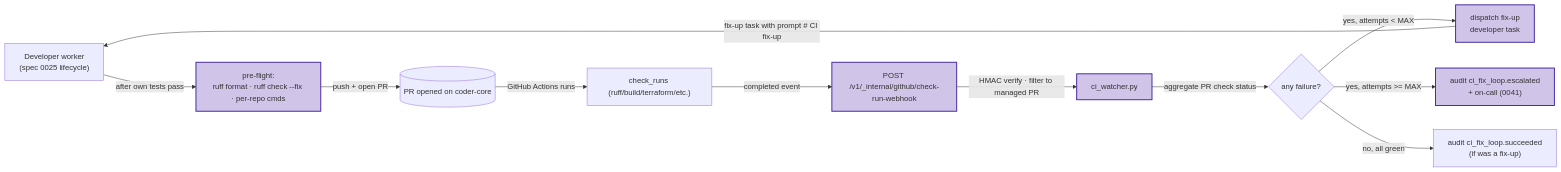
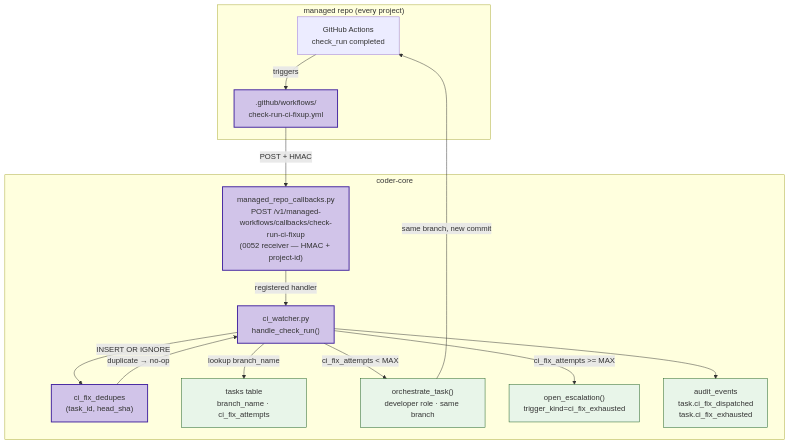
One commit to coder-devx/coder-system changed the first of 2 diagrams in system/designs/wip/0053-post-pr-ci-fix-loop.md. Above: the diagram before and after it, drawn with Mermaid. The commit also changed other lines of this file and 7 other files, not shown here.

First line of the commit message:
docs(0053): Stage 1 CI watcher + fix-up dispatcher design refinement

````diff
--- a/system/designs/wip/0053-post-pr-ci-fix-loop.md
+++ b/system/designs/wip/0053-post-pr-ci-fix-loop.md
@@ -38,16 +46,33 @@
 ```mermaid
-flowchart LR
-  worker["Developer worker<br/>(spec 0025 lifecycle)"] -->|after own tests pass| pre["pre-flight:<br/>ruff format · ruff check --fix · per-repo cmds"]
-  pre -->|push + open PR| pr[("PR opened on coder-core")]
-  pr -->|GitHub Actions runs| ci["check_runs (ruff/build/terraform/etc.)"]
-  ci -->|completed event| webhook["POST /v1/_internal/github/check-run-webhook"]
-  webhook -->|HMAC verify · filter to managed PR| watcher["ci_watcher.py"]
-  watcher -->|aggregate PR check status| status{any failure?}
-  status -->|yes, attempts < MAX| dispatcher["dispatch fix-up<br/>developer task"]
-  status -->|yes, attempts >= MAX| escalate["audit ci_fix_loop.escalated<br/>+ on-call (0041)"]
-  status -->|no, all green| done["audit ci_fix_loop.succeeded<br/>(if was a fix-up)"]
-  dispatcher -->|fix-up task with prompt # CI fix-up| worker
+flowchart TB
+  subgraph "managed repo (every project)"
+    GHA["GitHub Actions<br/>check_run completed"]
+    WF[".github/workflows/<br/>check-run-ci-fixup.yml"]
+    GHA -->|triggers| WF
+  end
+
+  subgraph "coder-core"
+    RECV["managed_repo_callbacks.py<br/>POST /v1/managed-workflows/callbacks/check-run-ci-fixup<br/>(0052 receiver — HMAC + project-id)"]
+    CIW["ci_watcher.py<br/>handle_check_run()"]
+    DEDUP["ci_fix_dedupes<br/>(task_id, head_sha)"]
+    TASKS["tasks table<br/>branch_name · ci_fix_attempts"]
+    DISP["orchestrate_task()<br/>developer role · same branch"]
+    ESC["open_escalation()<br/>trigger_kind=ci_fix_exhausted"]
+    AUD["audit_events<br/>task.ci_fix_dispatched<br/>task.ci_fix_exhausted"]
+  end
+
+  WF -->|POST + HMAC| RECV
+  RECV -->|registered handler| CIW
+  CIW -->|lookup branch_name| TASKS
+  CIW -->|INSERT OR IGNORE| DEDUP
+  DEDUP -->|duplicate → no-op| CIW
+  CIW -->|ci_fix_attempts < MAX| DISP
+  CIW -->|ci_fix_attempts >= MAX| ESC
+  CIW --> AUD
+  DISP -->|same branch, new commit| GHA
 
   classDef new fill:#d1c4e9,stroke:#4527a0,stroke-width:2px
-  class pre,webhook,watcher,dispatcher,escalate new
+  classDef existing fill:#e8f5e9,stroke:#1b5e20,stroke-width:1px
+  class WF,RECV,CIW,DEDUP new
+  class TASKS,DISP,ESC,AUD existing
 ```
````
